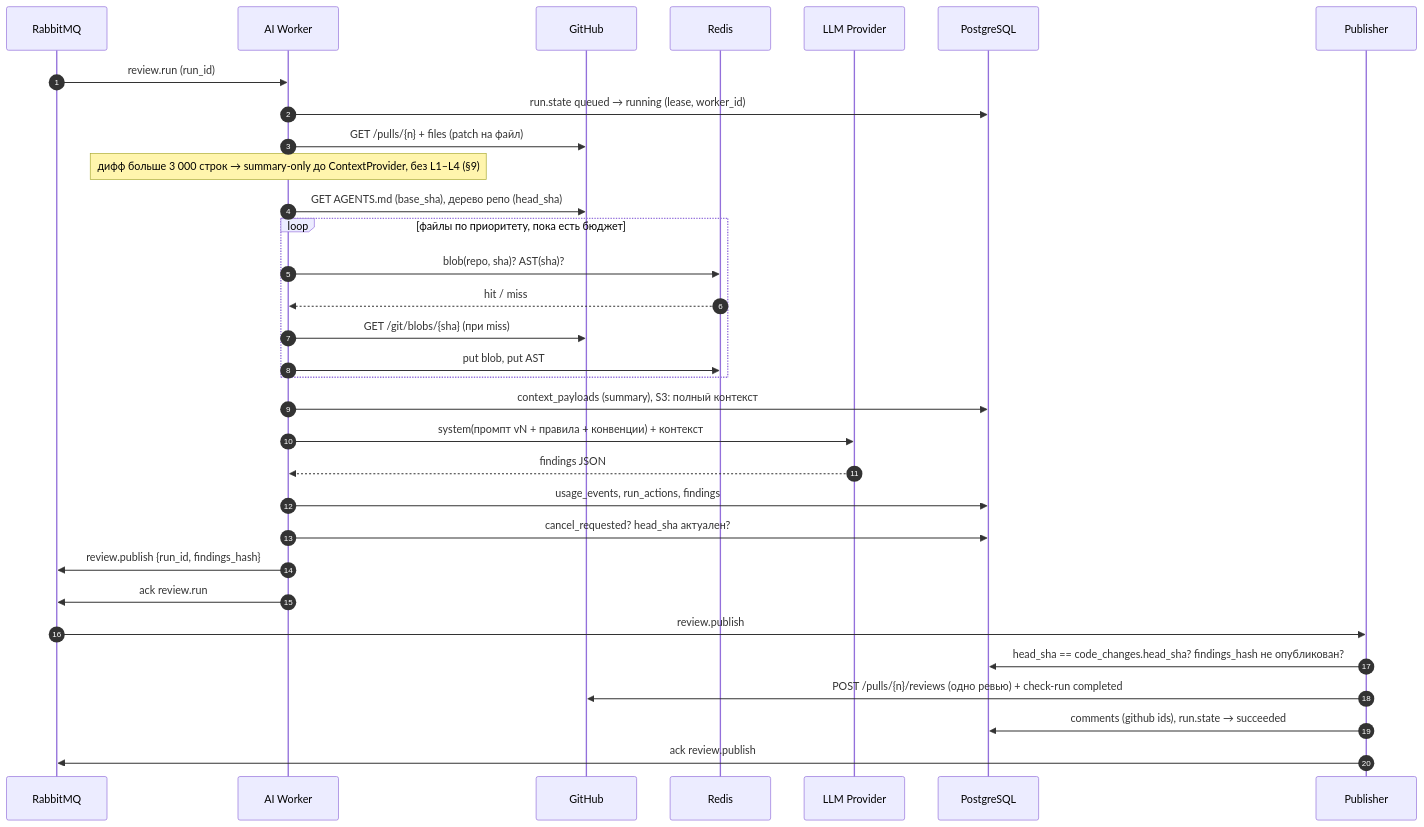
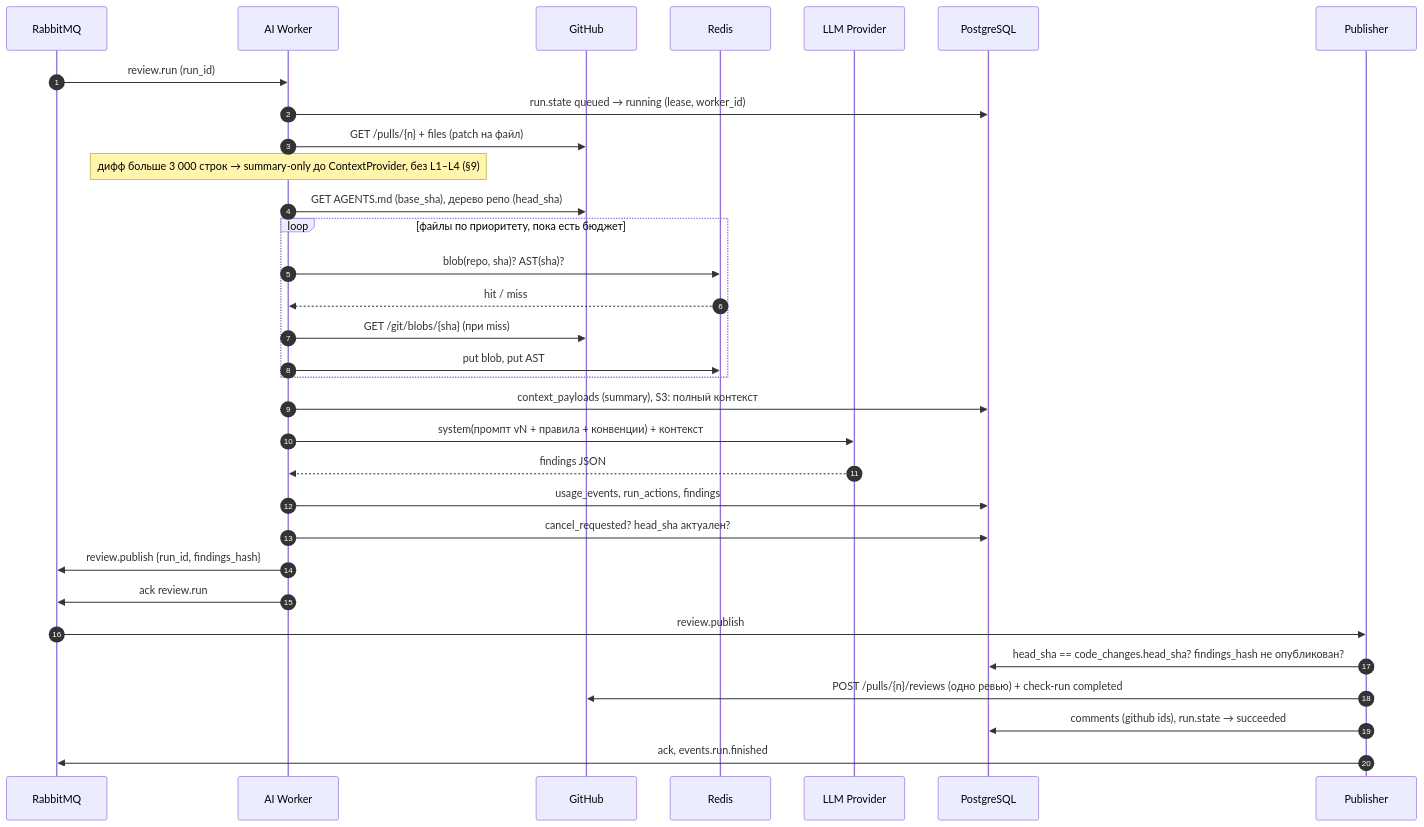
The fifth of 8 diagrams in docs/SYSTEM_DESIGN.md (larchanka-training/dmc-268-api-t6), drawn with Mermaid before and after one commit. The commit also changed other lines of this file and 3 other files, not shown here.

````diff
--- a/docs/SYSTEM_DESIGN.md
+++ b/docs/SYSTEM_DESIGN.md
@@ -237,35 +237,35 @@
 ```mermaid
 sequenceDiagram
   autonumber
   participant MQ as RabbitMQ
   participant W as AI Worker
   participant GH as GitHub
   participant R as Redis
   participant LLM as LLM Provider
   participant PG as PostgreSQL
   participant P as Publisher
 
   MQ->>W: review.run (run_id)
   W->>PG: run.state queued → running (lease, worker_id)
   W->>GH: GET /pulls/{n} + files (patch на файл)
   Note over W: дифф больше 3 000 строк → summary-only до ContextProvider, без L1–L4 (§9)
   W->>GH: GET AGENTS.md (base_sha), дерево репо (head_sha)
   loop файлы по приоритету, пока есть бюджет
     W->>R: blob(repo, sha)? AST(sha)?
     R-->>W: hit / miss
     W->>GH: GET /git/blobs/{sha} (при miss)
     W->>R: put blob, put AST
   end
   W->>PG: context_payloads (summary), S3: полный контекст
   W->>LLM: system(промпт vN + правила + конвенции) + контекст
   LLM-->>W: findings JSON
   W->>PG: usage_events, run_actions, findings
   W->>PG: cancel_requested? head_sha актуален?
   W->>MQ: review.publish {run_id, findings_hash}
   W->>MQ: ack review.run
   MQ->>P: review.publish
   P->>PG: head_sha == code_changes.head_sha? findings_hash не опубликован?
   P->>GH: POST /pulls/{n}/reviews (одно ревью) + check-run completed
   P->>PG: comments (github ids), run.state → succeeded
-  P->>MQ: ack review.publish
+  P->>MQ: ack, events.run.finished
 ```
````
